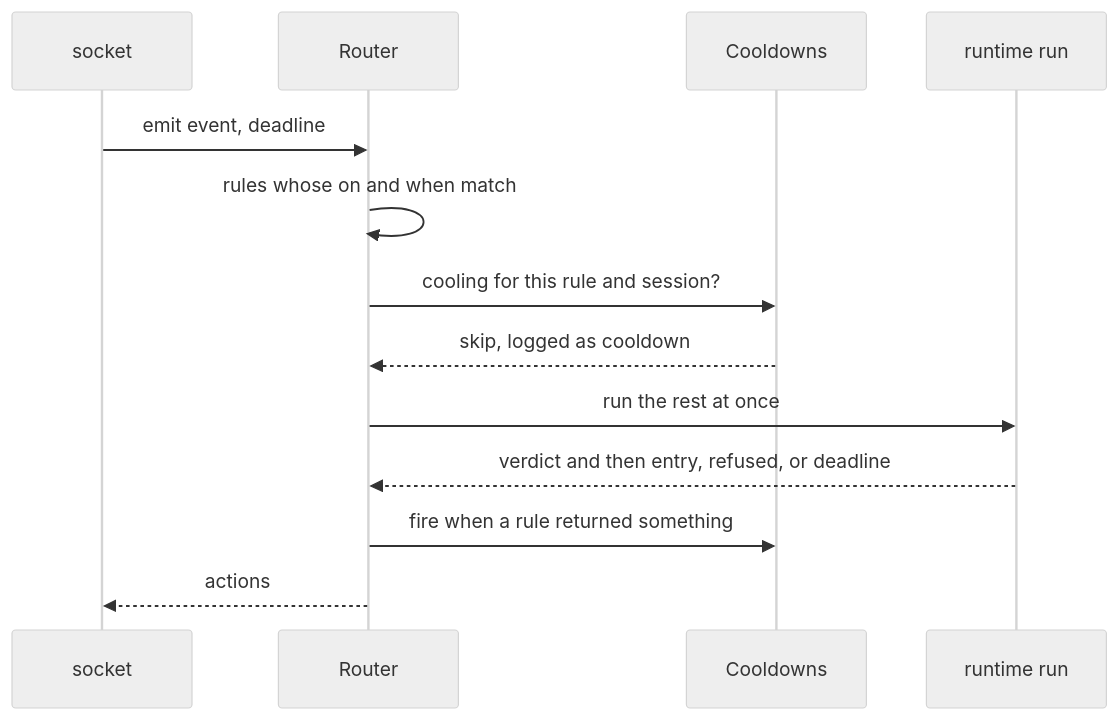
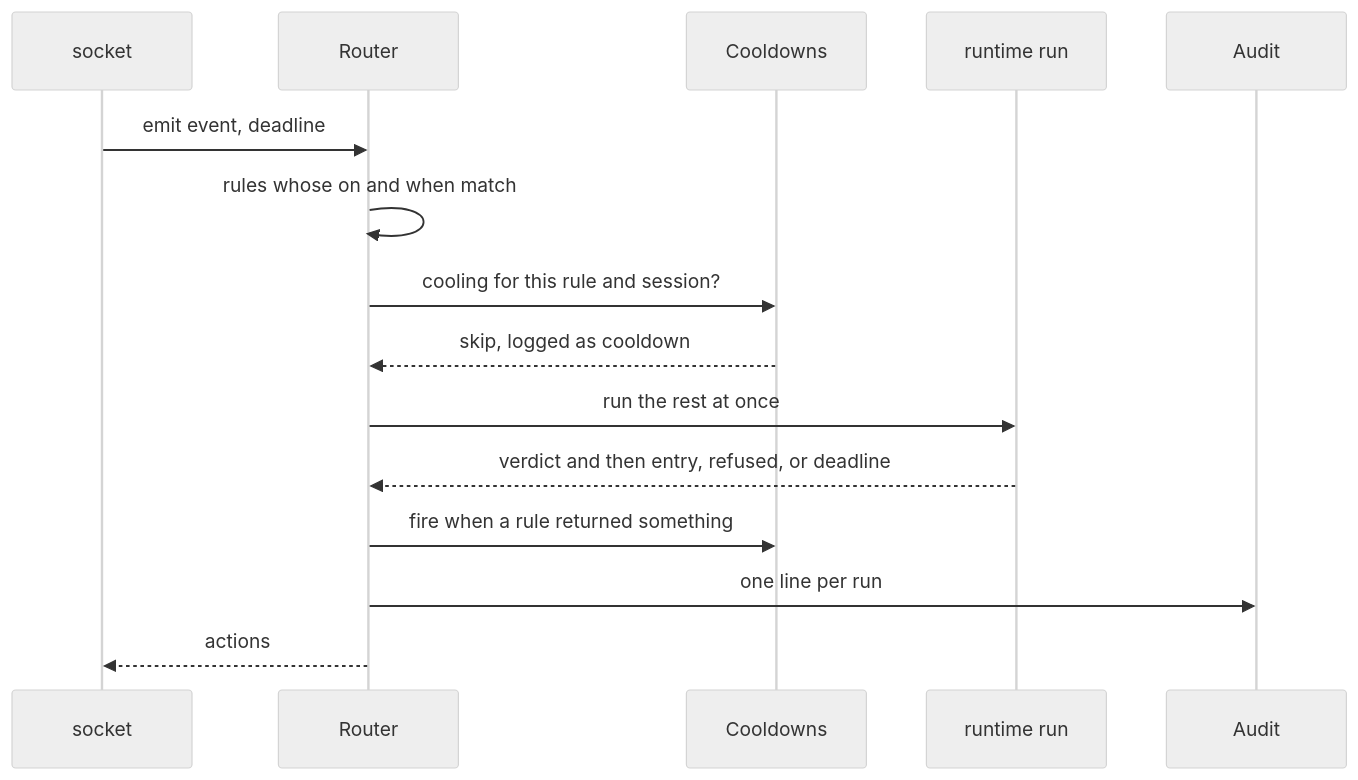
The diagram in crates/daemon/src/route/README.md (StevenJPx2/chauffeur), drawn with Mermaid (neutral theme) before and after one commit. The commit also changed other lines of this file and 27 other files, not shown here.

First line of the commit message:
feat(daemon): keep every run in a durable audit log, read with chauffeur audit

````diff
--- a/crates/daemon/src/route/README.md
+++ b/crates/daemon/src/route/README.md
@@ -12,15 +12,17 @@
 ```mermaid
 sequenceDiagram
     participant S as socket
     participant R as Router
     participant C as Cooldowns
     participant W as runtime run
+    participant A as Audit
     S->>R: emit event, deadline
     R->>R: rules whose on and when match
     R->>C: cooling for this rule and session?
     C-->>R: skip, logged as cooldown
     R->>W: run the rest at once
     W-->>R: verdict and then entry, refused, or deadline
     R->>C: fire when a rule returned something
+    R->>A: one line per run
     R-->>S: actions
 ```
````
